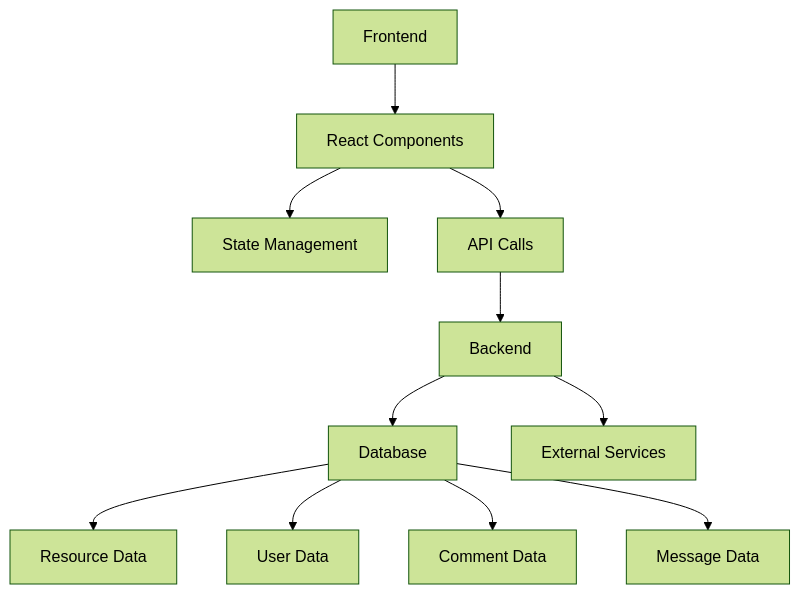
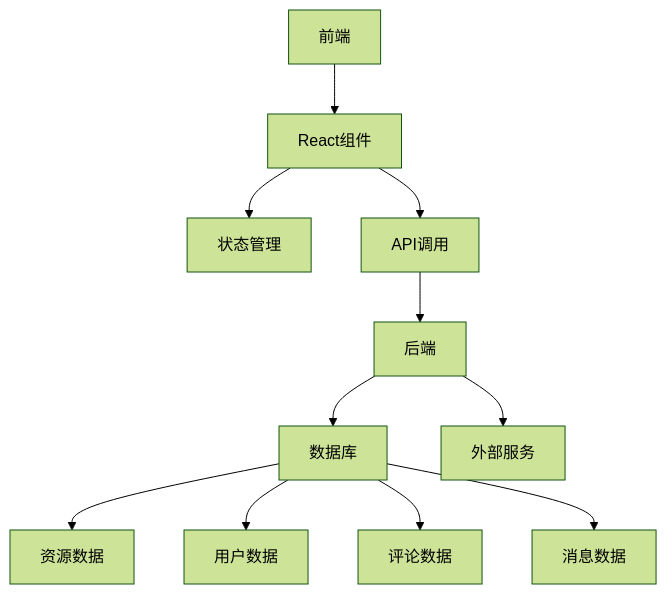
One commit to CNHB5678/-56789 changed the first of 3 diagrams in .trae/documents/Technical_Architecture.md. Above: the diagram before and after it, drawn with Mermaid (forest theme). The commit also changed other lines of this file and 27 other files, not shown here.

````diff
--- a/.trae/documents/Technical_Architecture.md
+++ b/.trae/documents/Technical_Architecture.md
@@ -2,13 +2,13 @@
 ```mermaid
 graph TD
-  A[Frontend] --> B[React Components]
-  B --> C[State Management]
-  B --> D[API Calls]
-  D --> E[Backend]
-  E --> F[Database]
-  E --> G[External Services]
-  F --> H[Resource Data]
-  F --> I[User Data]
-  F --> J[Comment Data]
-  F --> K[Message Data]
+  A[前端] --> B[React组件]
+  B --> C[状态管理]
+  B --> D[API调用]
+  D --> E[后端]
+  E --> F[数据库]
+  E --> G[外部服务]
+  F --> H[资源数据]
+  F --> I[用户数据]
+  F --> J[评论数据]
+  F --> K[消息数据]
 ```
````
